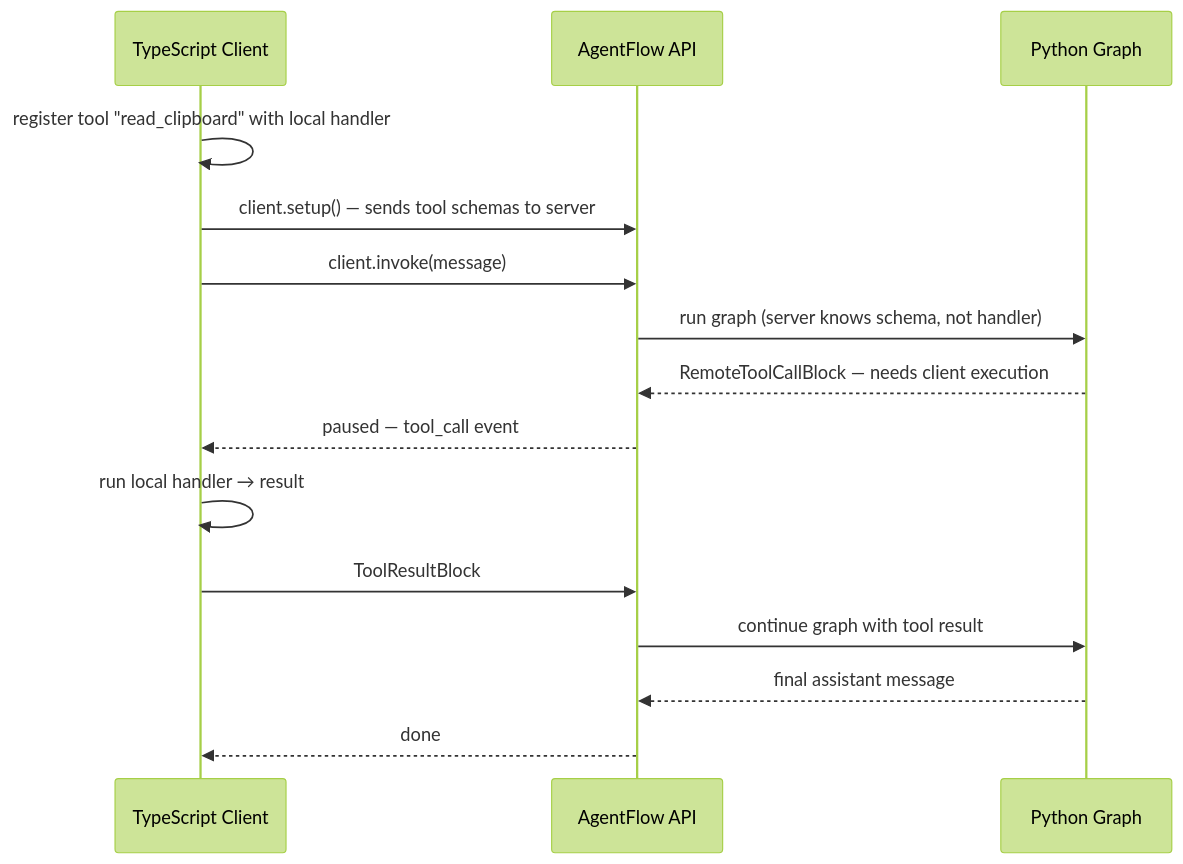
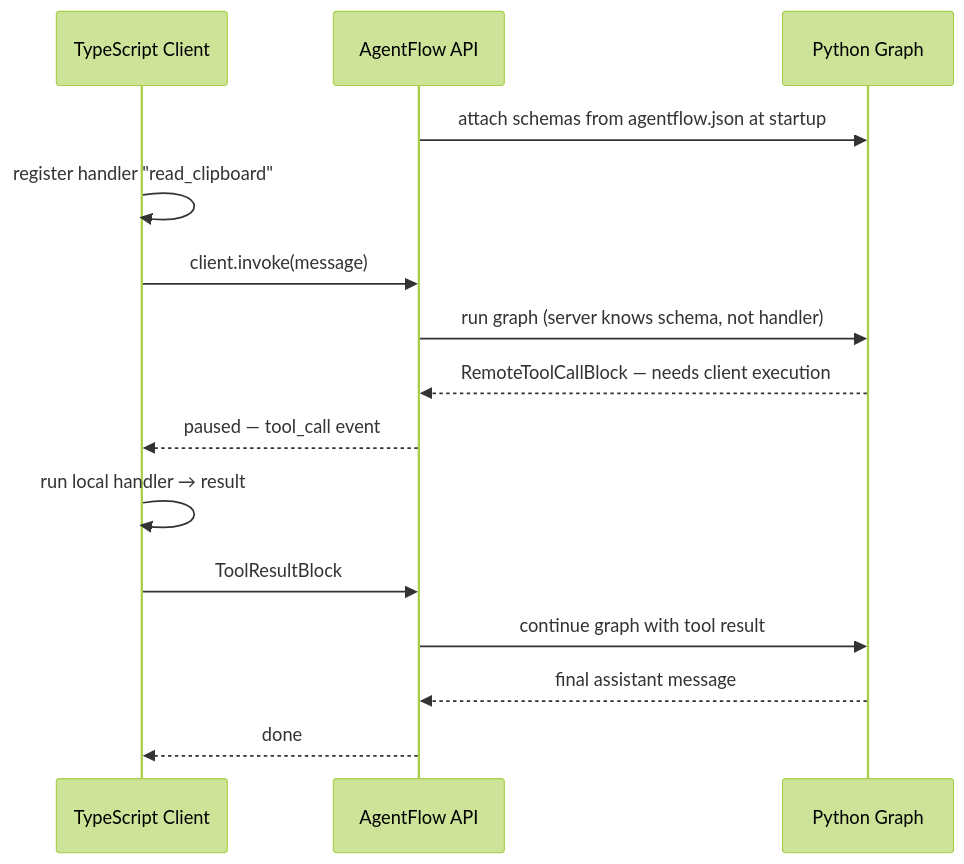
One commit to 10xHub/agentflow-docs changed the second of 2 diagrams in docs/concepts/connecting-clients.md. Above: the diagram before and after it, drawn with Mermaid (forest theme). The commit also changed other lines of this file and 28 other files, not shown here.

````diff
--- a/docs/concepts/connecting-clients.md
+++ b/docs/concepts/connecting-clients.md
@@ -135,18 +135,18 @@
 ```mermaid
 sequenceDiagram
   participant C as TypeScript Client
   participant API as AgentFlow API
   participant G as Python Graph
 
-  C->>C: register tool "read_clipboard" with local handler
-  C->>API: client.setup() — sends tool schemas to server
+  API->>G: attach schemas from agentflow.json at startup
+  C->>C: register handler "read_clipboard"
   C->>API: client.invoke(message)
   API->>G: run graph (server knows schema, not handler)
   G-->>API: RemoteToolCallBlock — needs client execution
   API-->>C: paused — tool_call event
   C->>C: run local handler → result
   C->>API: ToolResultBlock
   API->>G: continue graph with tool result
   G-->>API: final assistant message
   API-->>C: done
 ```
````
